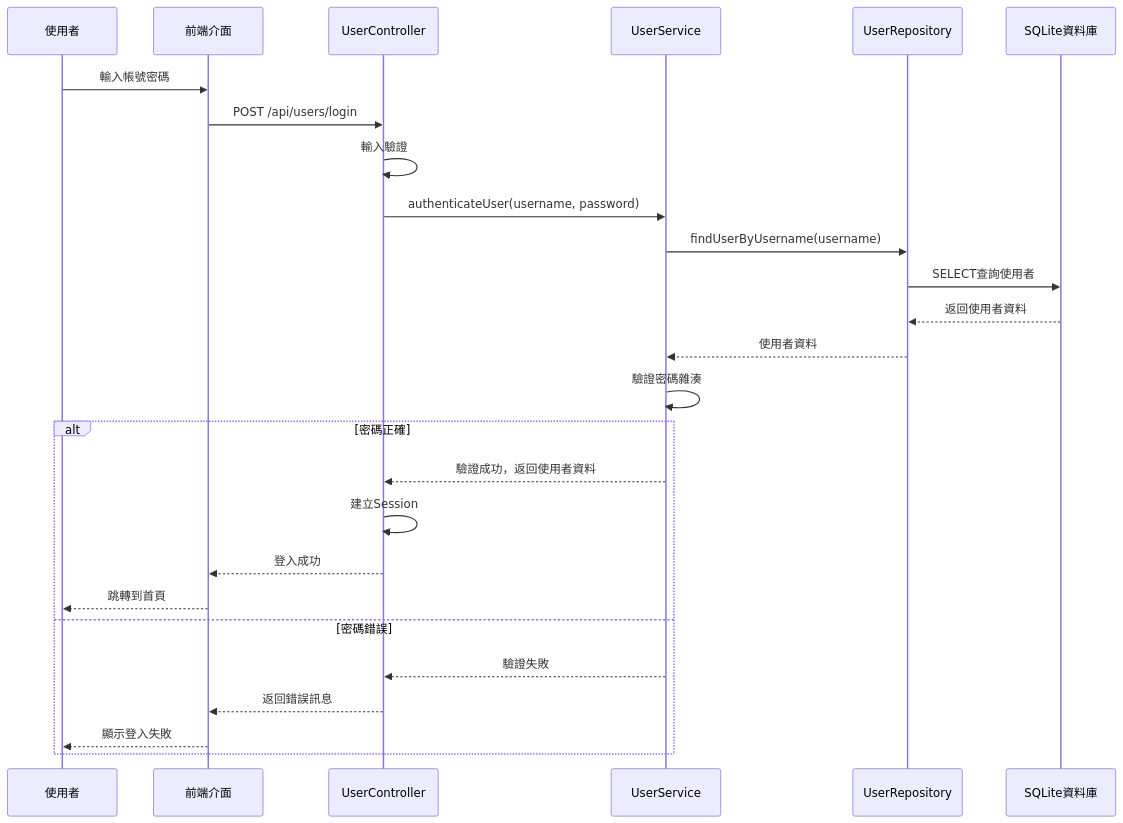
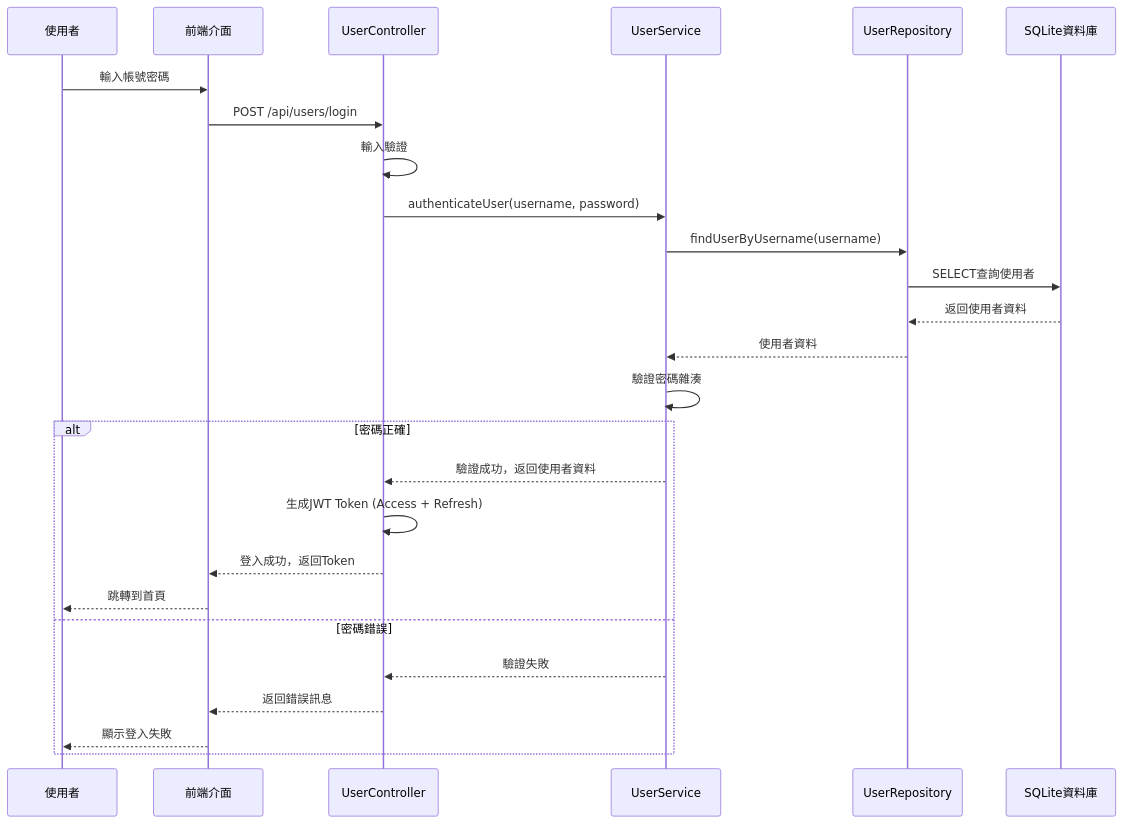
One commit to ayugioh2003/ooad-ai changed the second of 8 diagrams in aotter-wow-system/docs/sequence-diagram.md. Above: the diagram before and after it, drawn with Mermaid. The commit also changed other lines of this file and 3 other files, not shown here.

Commit message:
feat: 更新系統架構與類別圖，新增 JWT 認證與 Token 管理策略，強化安全性設計

````diff
--- a/aotter-wow-system/docs/sequence-diagram.md
+++ b/aotter-wow-system/docs/sequence-diagram.md
@@ -44,29 +44,29 @@
 ```mermaid
 sequenceDiagram
     participant User as 使用者
     participant UI as 前端介面
     participant UC as UserController
     participant US as UserService
     participant UR as UserRepository
     participant DB as SQLite資料庫
 
     User->>UI: 輸入帳號密碼
     UI->>UC: POST /api/users/login
     UC->>UC: 輸入驗證
     UC->>US: authenticateUser(username, password)
     US->>UR: findUserByUsername(username)
     UR->>DB: SELECT查詢使用者
     DB-->>UR: 返回使用者資料
     UR-->>US: 使用者資料
     US->>US: 驗證密碼雜湊
     alt 密碼正確
         US-->>UC: 驗證成功，返回使用者資料
-        UC->>UC: 建立Session
-        UC-->>UI: 登入成功
+        UC->>UC: 生成JWT Token (Access + Refresh)
+        UC-->>UI: 登入成功，返回Token
         UI-->>User: 跳轉到首頁
     else 密碼錯誤
         US-->>UC: 驗證失敗
         UC-->>UI: 返回錯誤訊息
         UI-->>User: 顯示登入失敗
     end
 ```
````
